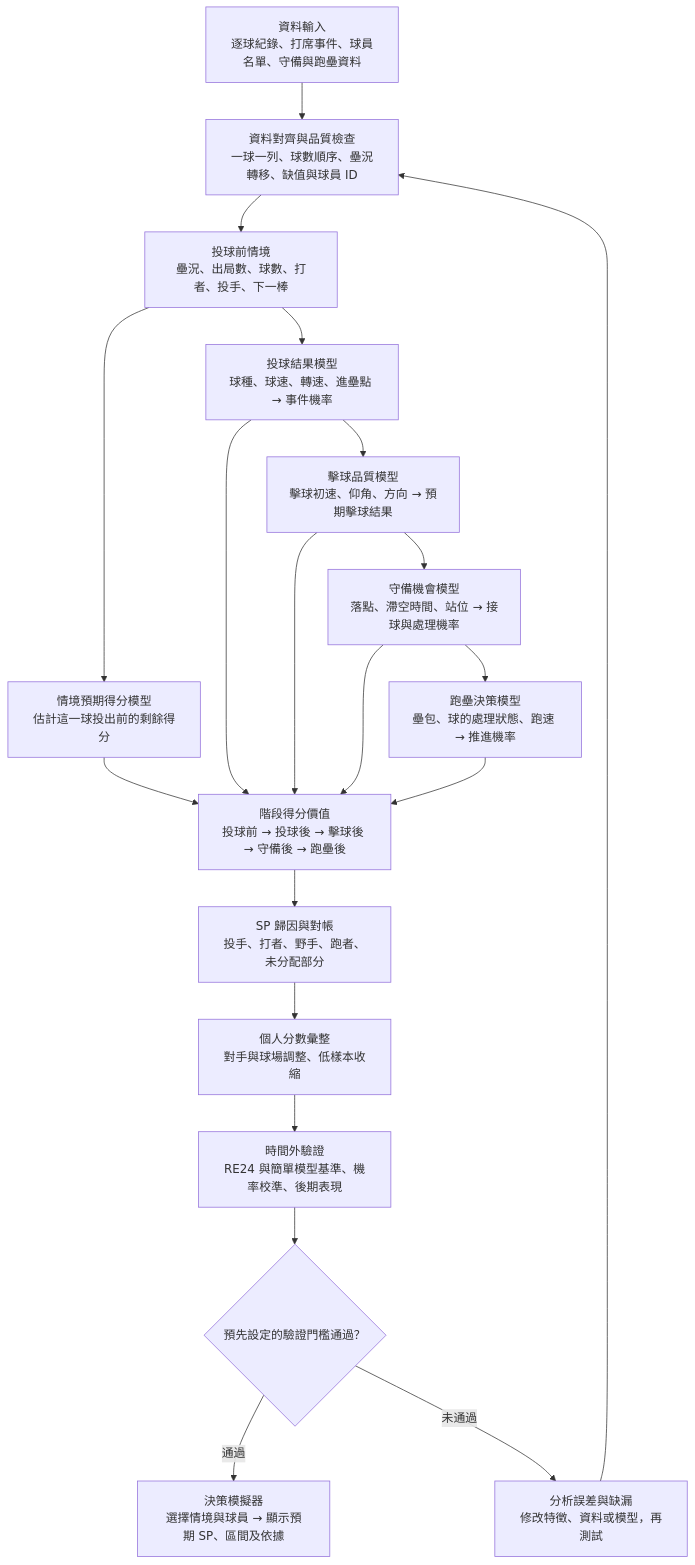
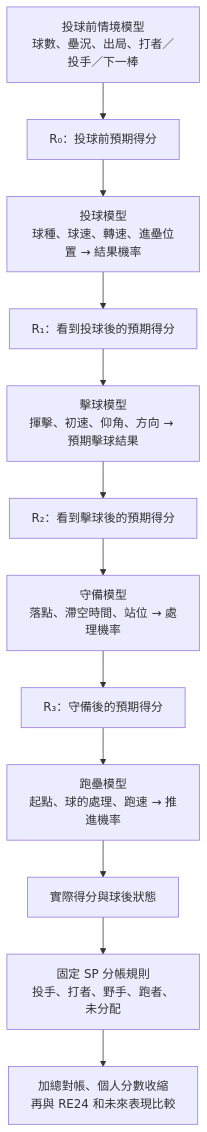
One commit to yuan-yuan-hackathon/cpbl-sp-simulator changed the second of 3 diagrams in docs/FINAL_MODEL_FLOW.md. Above: the diagram before and after it, drawn with Mermaid. The commit also changed other lines of this file, not shown here.

Commit message:
Detail proposal data processing, sequential SP attribution, and validation flow

````diff
--- a/docs/FINAL_MODEL_FLOW.md
+++ b/docs/FINAL_MODEL_FLOW.md
@@ -8,22 +22,14 @@
 ```mermaid
 flowchart TD
-    A["資料輸入<br/>逐球紀錄、打席事件、球員名單、守備與跑壘資料"] --> B["資料對齊與品質檢查<br/>一球一列、球數順序、壘況轉移、缺值與球員 ID"]
-    B --> C["投球前情境<br/>壘況、出局數、球數、打者、投手、下一棒"]
-    C --> D["情境預期得分模型<br/>估計這一球投出前的剩餘得分"]
-    C --> E["投球結果模型<br/>球種、球速、轉速、進壘點 → 事件機率"]
-    E --> F["擊球品質模型<br/>擊球初速、仰角、方向 → 預期擊球結果"]
-    F --> G["守備機會模型<br/>落點、滯空時間、站位 → 接球與處理機率"]
-    G --> H["跑壘決策模型<br/>壘包、球的處理狀態、跑速 → 推進機率"]
-    D --> I["階段得分價值<br/>投球前 → 投球後 → 擊球後 → 守備後 → 跑壘後"]
-    E --> I
-    F --> I
-    G --> I
-    H --> I
-    I --> J["SP 歸因與對帳<br/>投手、打者、野手、跑者、未分配部分"]
-    J --> K["個人分數彙整<br/>對手與球場調整、低樣本收縮"]
-    K --> L["時間外驗證<br/>RE24 與簡單模型基準、機率校準、後期表現"]
-    L --> M{"預先設定的驗證門檻通過？"}
-    M -->|通過| N["決策模擬器<br/>選擇情境與球員 → 顯示預期 SP、區間及依據"]
-    M -->|未通過| O["分析誤差與缺漏<br/>修改特徵、資料或模型，再測試"]
-    O --> B
+    A["投球前情境模型<br/>球數、壘況、出局、打者／投手／下一棒"] --> B["R₀：投球前預期得分"]
+    B --> C["投球模型<br/>球種、球速、轉速、進壘位置 → 結果機率"]
+    C --> D["R₁：看到投球後的預期得分"]
+    D --> E["擊球模型<br/>揮擊、初速、仰角、方向 → 預期擊球結果"]
+    E --> F["R₂：看到擊球後的預期得分"]
+    F --> G["守備模型<br/>落點、滯空時間、站位 → 處理機率"]
+    G --> H["R₃：守備後的預期得分"]
+    H --> I["跑壘模型<br/>起點、球的處理、跑速 → 推進機率"]
+    I --> J["實際得分與球後狀態"]
+    J --> K["固定 SP 分帳規則<br/>投手、打者、野手、跑者、未分配"]
+    K --> L["加總對帳、個人分數收縮<br/>再與 RE24 和未來表現比較"]
 ```
````
